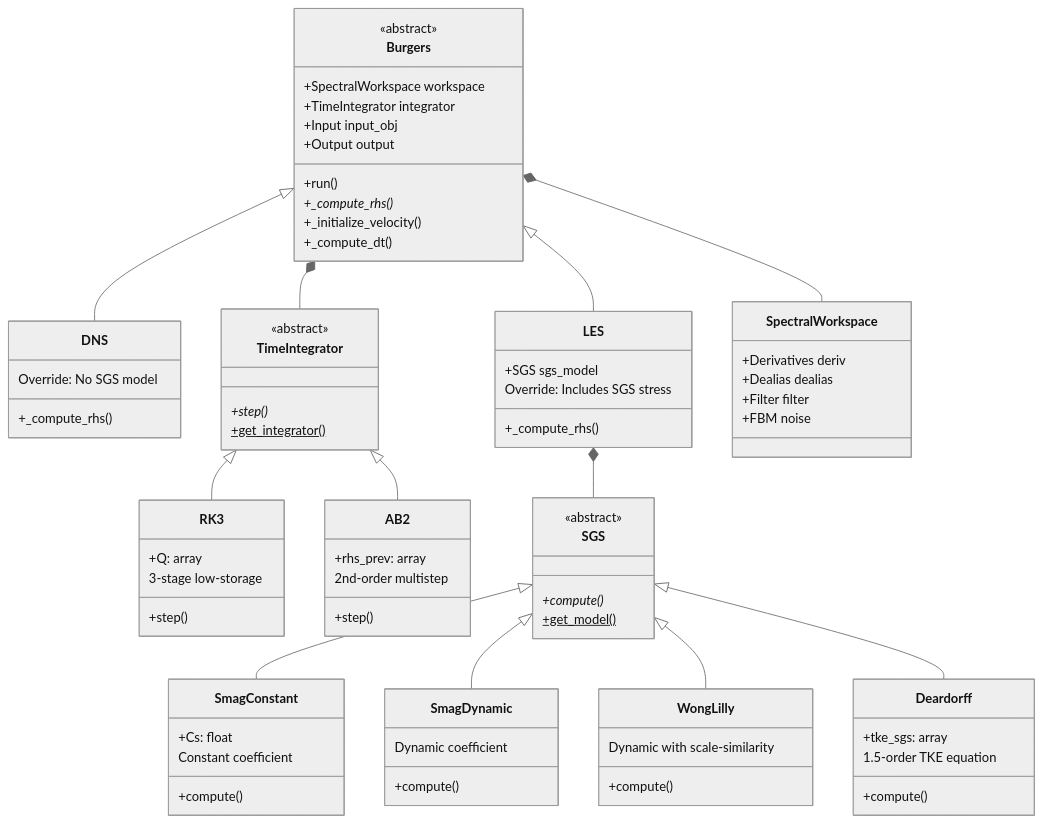
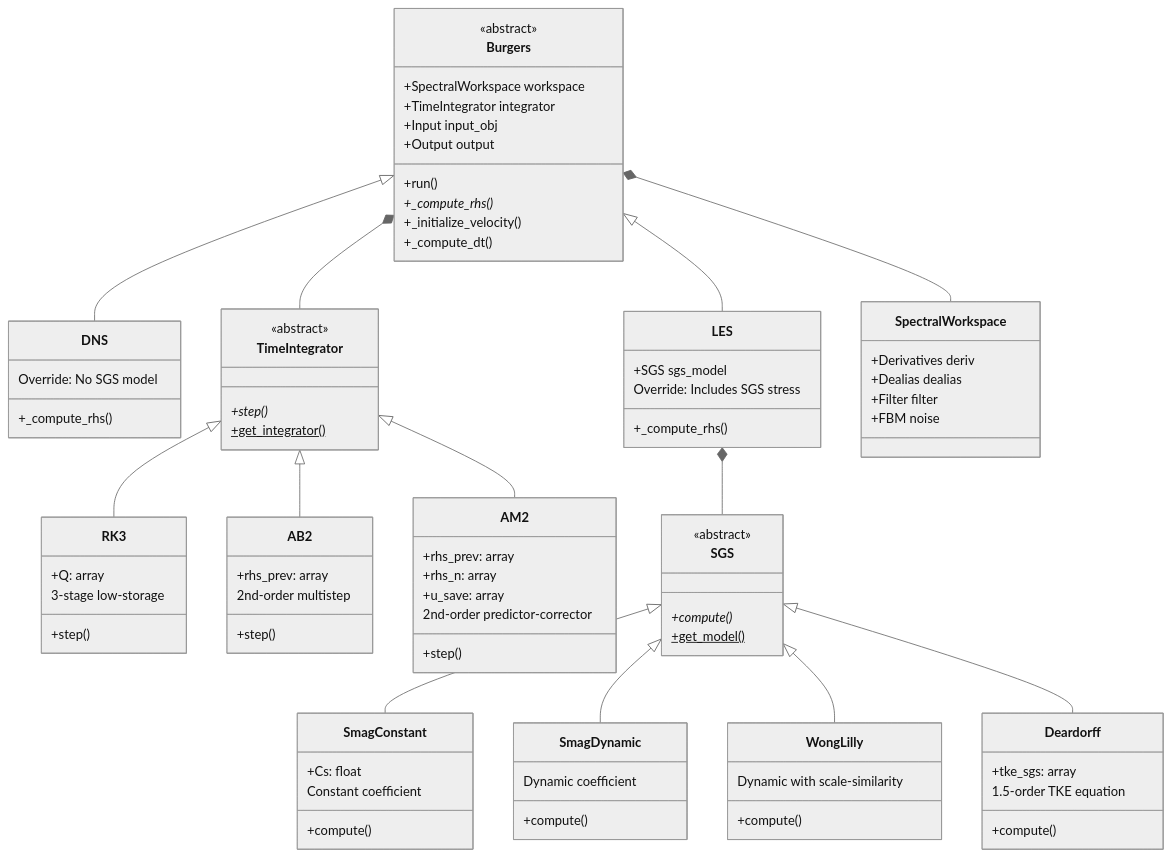
The fourth of 7 diagrams in docs/architecture.md (jeremygibbs/pyburgers), drawn with Mermaid (neutral theme) before and after one commit. The commit also changed other lines of this file and 18 other files, not shown here.

```diff
--- a/docs/architecture.md
+++ b/docs/architecture.md
@@ -210,6 +214,14 @@
         2nd-order multistep
     }
 
+    class AM2 {
+        +rhs_prev: array
+        +rhs_n: array
+        +u_save: array
+        +step()
+        2nd-order predictor-corrector
+    }
+
     class SGS {
         <<abstract>>
         +compute()*
@@ -249,8 +261,9 @@
     Burgers <|-- LES
     Burgers *-- SpectralWorkspace
     Burgers *-- TimeIntegrator
+    TimeIntegrator <|-- AB2
+    TimeIntegrator <|-- AM2
     TimeIntegrator <|-- RK3
-    TimeIntegrator <|-- AB2
     LES *-- SGS
     SGS <|-- SmagConstant
     SGS <|-- SmagDynamic
```
